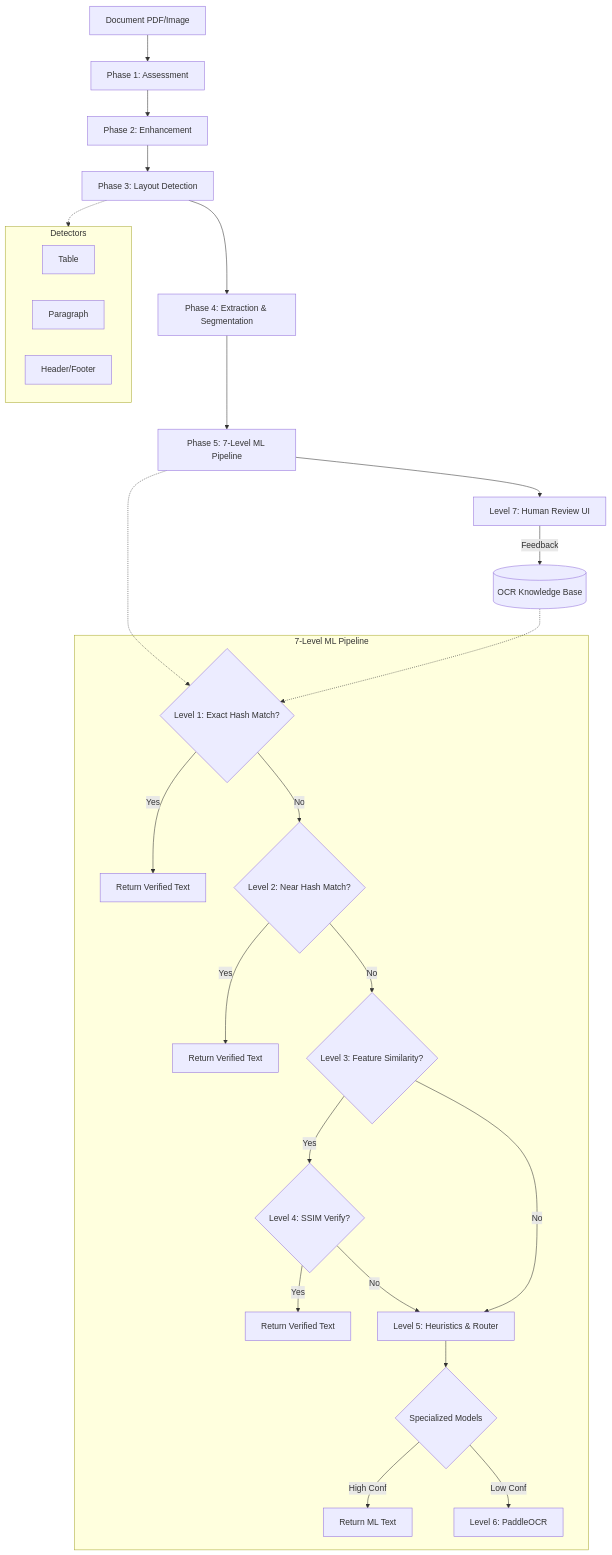
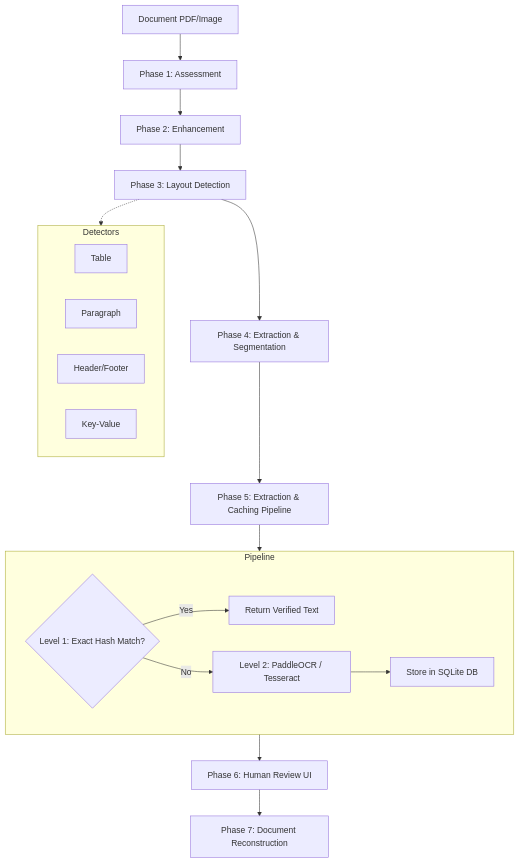
The diagram in README.md (gurudevkumar51/piply-opdf), drawn with Mermaid before and after one commit. The commit also changed 24 other files, not shown here.

````diff
--- a/README.md
+++ b/README.md
@@ -72,36 +72,27 @@
 ```mermaid
 flowchart TD
     A[Document PDF/Image] --> B[Phase 1: Assessment]
     B --> C[Phase 2: Enhancement]
     C --> D[Phase 3: Layout Detection]
     
     subgraph Detectors
         D1[Table]
         D2[Paragraph]
         D3[Header/Footer]
+        D4[Key-Value]
     end
     D -.-> Detectors
     
     D --> E[Phase 4: Extraction & Segmentation]
-    E --> F[Phase 5: 7-Level ML Pipeline]
+    E --> F[Phase 5: Extraction & Caching Pipeline]
     
-    subgraph 7-Level ML Pipeline
+    subgraph Pipeline
         F1{Level 1: Exact Hash Match?}
         F1 -- Yes --> F2[Return Verified Text]
-        F1 -- No --> F3{Level 2: Near Hash Match?}
-        F3 -- Yes --> F4[Return Verified Text]
-        F3 -- No --> F5{Level 3: Feature Similarity?}
-        F5 -- Yes --> F6{Level 4: SSIM Verify?}
-        F6 -- Yes --> F7[Return Verified Text]
-        F6 -- No --> F8[Level 5: Heuristics & Router]
-        F5 -- No --> F8
-        F8 --> F9{Specialized Models}
-        F9 -- High Conf --> F10[Return ML Text]
-        F9 -- Low Conf --> F11[Level 6: PaddleOCR]
+        F1 -- No --> F3[Level 2: PaddleOCR / Tesseract]
+        F3 --> F4[Store in SQLite DB]
     end
-    F -.-> F1
-    
-    F --> G[Level 7: Human Review UI]
-    G -- Feedback --> H[(OCR Knowledge Base)]
-    H -.-> F1
+    F --> Pipeline
+    Pipeline --> G[Phase 6: Human Review UI]
+    G --> H[Phase 7: Document Reconstruction]
 ```
````
